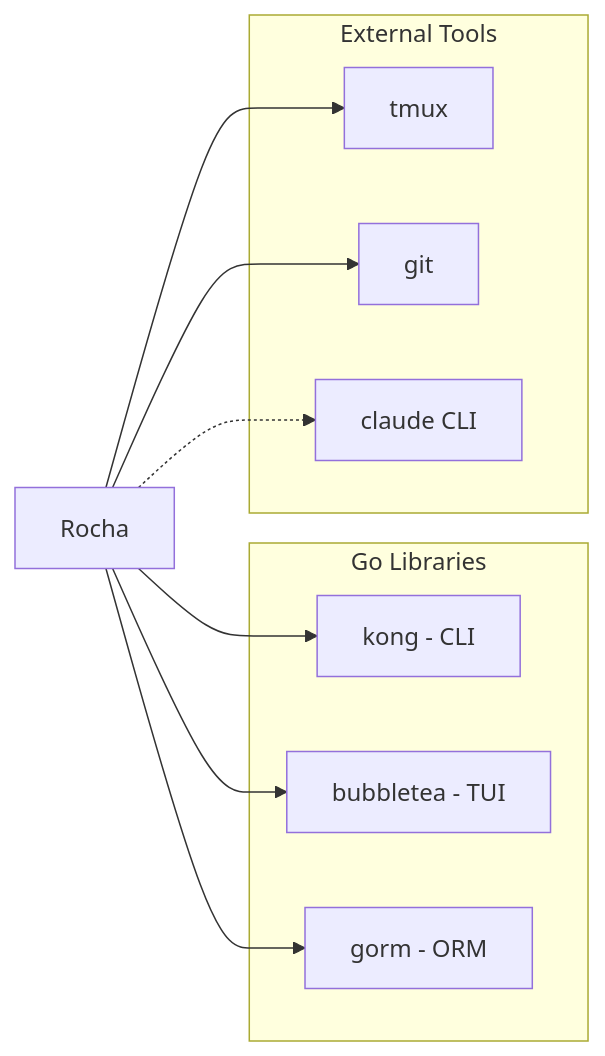
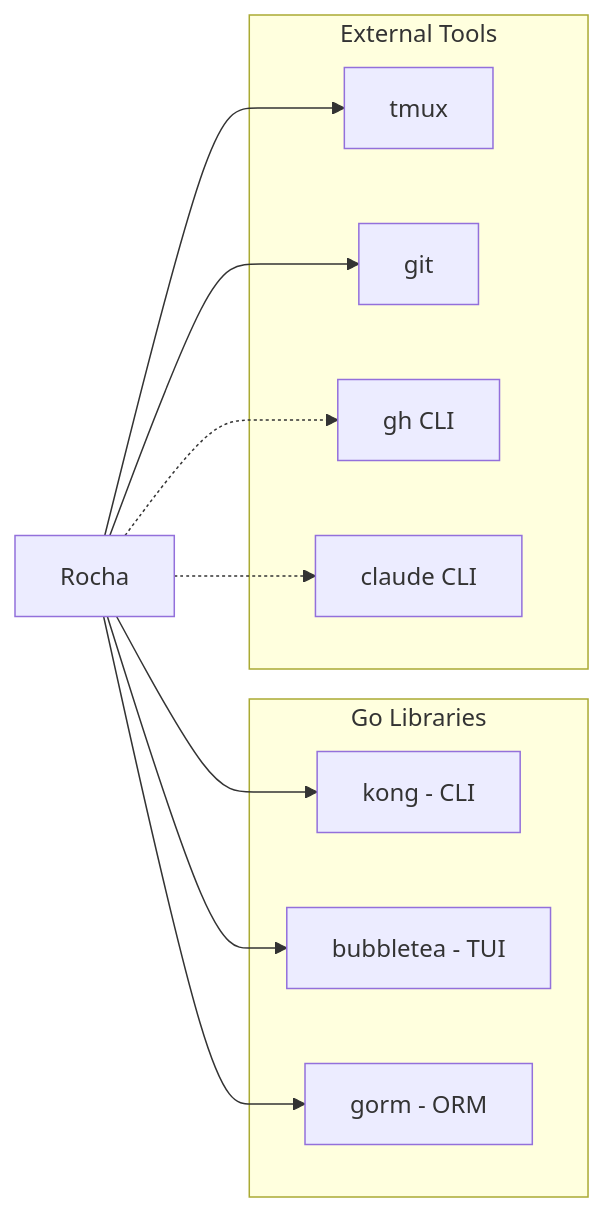
One commit to renato0307/rocha changed the fourth of 4 diagrams in ARCHITECTURE.md. Above: the diagram before and after it, drawn with Mermaid. The commit also changed 30 other files, not shown here.

````diff
--- a/ARCHITECTURE.md
+++ b/ARCHITECTURE.md
@@ -228,21 +228,23 @@
 ```mermaid
 graph LR
     subgraph "Go Libraries"
         KONG[kong - CLI]
         BT[bubbletea - TUI]
         GORM[gorm - ORM]
     end
 
     subgraph "External Tools"
         TMUX[tmux]
         GIT[git]
+        GH[gh CLI]
         CLAUDE[claude CLI]
     end
 
     APP[Rocha] --> KONG
     APP --> BT
     APP --> GORM
     APP --> TMUX
     APP --> GIT
+    APP -.-> GH
     APP -.-> CLAUDE
 ```
````
